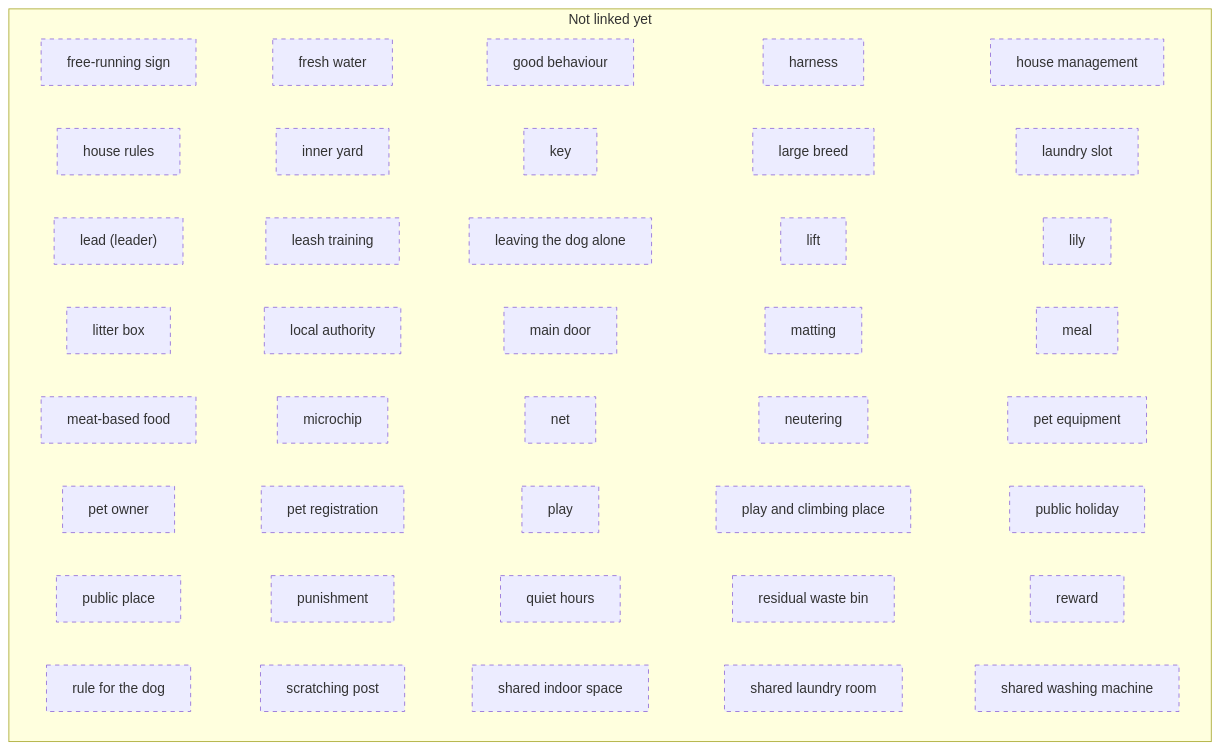
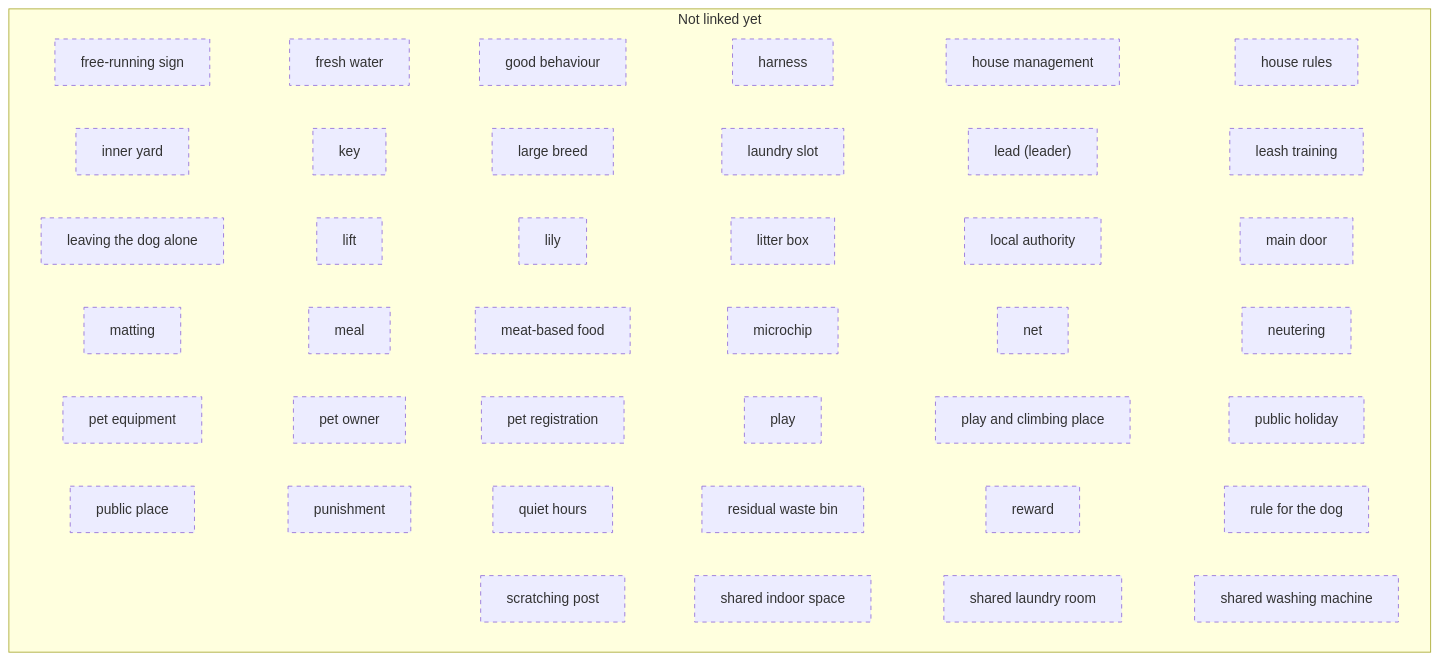
Diagram 14 of 57 in data/ontology-pets-and-house-rules/03_release/00_raw/level-2.md (belaboros/DomainAiAssistant), drawn with Mermaid before and after one commit. The commit also changed other lines of this file and 16 other files, not shown here.

First line of the commit message:
T39 (spec 0002): level diagrams near 16:9, is-a edges in relation diagrams

````diff
--- a/data/ontology-pets-and-house-rules/03_release/00_raw/level-2.md
+++ b/data/ontology-pets-and-house-rules/03_release/00_raw/level-2.md
@@ -263,56 +270,55 @@
 ```mermaid
 flowchart TB
     classDef draft stroke-dasharray: 5 5
     subgraph unlinked["Not linked yet"]
     direction LR
         cn_01M82GV0DCSP2BSTQA19ENCPJ7["free-running sign"]
         cn_01M82GM2G3AM0SX444VHV3202J["fresh water"]
         cn_01M82GR8C6YNAW05QP8GX3MF7V["good behaviour"]
         cn_01M82GPB8ZK0N7S1VR303H5EPE["harness"]
         cn_01M82H7HBZP5REB8E6N9M29JTH["house management"]
         cn_01M82H7HBZP5REB8E6N9M29JTQ["house rules"]
         cn_01M82H7HBZP5REB8E6N9M29JTP["inner yard"]
         cn_01M82HCHQC6AK72JNVEQYR1KXR["key"]
         cn_01M82GQHZCWYDZ4FY134N19HRB["large breed"]
         cn_01M82HDB2F6BK5KDQ92WEFACHV["laundry slot"]
         cn_01M82GR8C6YNAW05QP8GX3MF7Q["lead (leader)"]
         cn_01M82GPTF0J0A1WWEWDR3G29FG["leash training"]
         cn_01M82GSR24145KC6KF8V0HWF9G["leaving the dog alone"]
         cn_01M82HA4JVD4MJZ6M8W4CVWNW0["lift"]
         cn_01M82H0CT7BJSF0Q3S0YPNSAE6["lily"]
         cn_01M82GZMM3VP80T7XD6GS67TSK["litter box"]
         cn_01M82GJP3CRKNX3DNJZDNANDWN["local authority"]
         cn_01M82HCHQC6AK72JNVEQYR1KXN["main door"]
         cn_01M82H394WWKSMY0HG5WFCNGAE["matting"]
         cn_01M82H0CT7BJSF0Q3S0YPNSAE4["meal"]
         cn_01M82H0CT7BJSF0Q3S0YPNSAE5["meat-based food"]
         cn_01M82GJP3CRKNX3DNJZDNANDWP["microchip"]
         cn_01M82GZMM3VP80T7XD6GS67TST["net"]
         cn_01M82H115ABPPRSFHS5N8011PE["neutering"]
         cn_01M82HBZKCWB6HP1MM7REEF3KK["pet equipment"]
         cn_01M82H94Y19DEFXTHPXP970KGF["pet owner"]
         cn_01M82H94Y19DEFXTHPXP970KGH["pet registration"]
         cn_01M82H2KZE881EPDPP32PV6RGF["play"]
         cn_01M82GYVMAZ9K3VZWRC41RP559["play and climbing place"]
         cn_01M82H83Q82K5CKBRM346N833D["public holiday"]
         cn_01M82GV0DCSP2BSTQA19ENCPJ6["public place"]
         cn_01M82H2KZE881EPDPP32PV6RGE["punishment"]
         cn_01M82H83Q82K5CKBRM346N8335["quiet hours"]
         cn_01M82HBAX7NMYFG8GE4P9Y56F8["residual waste bin"]
         cn_01M82GR8C6YNAW05QP8GX3MF7X["reward"]
         cn_01M82GR8C6YNAW05QP8GX3MF7T["rule for the dog"]
         cn_01M82GZMM3VP80T7XD6GS67TSM["scratching post"]
         cn_01M82HBZKCWB6HP1MM7REEF3KE["shared indoor space"]
         cn_01M82HDB2F6BK5KDQ92WEFACHJ["shared laundry room"]
         cn_01M82HDB2F6BK5KDQ92WEFACHQ["shared washing machine"]
-        cn_01M82GV0DCSP2BSTQA19ENCPJ7 ~~~ cn_01M82GM2G3AM0SX444VHV3202J ~~~ cn_01M82GR8C6YNAW05QP8GX3MF7V ~~~ cn_01M82GPB8ZK0N7S1VR303H5EPE ~~~ cn_01M82H7HBZP5REB8E6N9M29JTH
-        cn_01M82H7HBZP5REB8E6N9M29JTQ ~~~ cn_01M82H7HBZP5REB8E6N9M29JTP ~~~ cn_01M82HCHQC6AK72JNVEQYR1KXR ~~~ cn_01M82GQHZCWYDZ4FY134N19HRB ~~~ cn_01M82HDB2F6BK5KDQ92WEFACHV
-        cn_01M82GR8C6YNAW05QP8GX3MF7Q ~~~ cn_01M82GPTF0J0A1WWEWDR3G29FG ~~~ cn_01M82GSR24145KC6KF8V0HWF9G ~~~ cn_01M82HA4JVD4MJZ6M8W4CVWNW0 ~~~ cn_01M82H0CT7BJSF0Q3S0YPNSAE6
-        cn_01M82GZMM3VP80T7XD6GS67TSK ~~~ cn_01M82GJP3CRKNX3DNJZDNANDWN ~~~ cn_01M82HCHQC6AK72JNVEQYR1KXN ~~~ cn_01M82H394WWKSMY0HG5WFCNGAE ~~~ cn_01M82H0CT7BJSF0Q3S0YPNSAE4
-        cn_01M82H0CT7BJSF0Q3S0YPNSAE5 ~~~ cn_01M82GJP3CRKNX3DNJZDNANDWP ~~~ cn_01M82GZMM3VP80T7XD6GS67TST ~~~ cn_01M82H115ABPPRSFHS5N8011PE ~~~ cn_01M82HBZKCWB6HP1MM7REEF3KK
-        cn_01M82H94Y19DEFXTHPXP970KGF ~~~ cn_01M82H94Y19DEFXTHPXP970KGH ~~~ cn_01M82H2KZE881EPDPP32PV6RGF ~~~ cn_01M82GYVMAZ9K3VZWRC41RP559 ~~~ cn_01M82H83Q82K5CKBRM346N833D
-        cn_01M82GV0DCSP2BSTQA19ENCPJ6 ~~~ cn_01M82H2KZE881EPDPP32PV6RGE ~~~ cn_01M82H83Q82K5CKBRM346N8335 ~~~ cn_01M82HBAX7NMYFG8GE4P9Y56F8 ~~~ cn_01M82GR8C6YNAW05QP8GX3MF7X
-        cn_01M82GR8C6YNAW05QP8GX3MF7T ~~~ cn_01M82GZMM3VP80T7XD6GS67TSM ~~~ cn_01M82HBZKCWB6HP1MM7REEF3KE ~~~ cn_01M82HDB2F6BK5KDQ92WEFACHJ ~~~ cn_01M82HDB2F6BK5KDQ92WEFACHQ
+        cn_01M82GV0DCSP2BSTQA19ENCPJ7 ~~~ cn_01M82GM2G3AM0SX444VHV3202J ~~~ cn_01M82GR8C6YNAW05QP8GX3MF7V ~~~ cn_01M82GPB8ZK0N7S1VR303H5EPE ~~~ cn_01M82H7HBZP5REB8E6N9M29JTH ~~~ cn_01M82H7HBZP5REB8E6N9M29JTQ
+        cn_01M82H7HBZP5REB8E6N9M29JTP ~~~ cn_01M82HCHQC6AK72JNVEQYR1KXR ~~~ cn_01M82GQHZCWYDZ4FY134N19HRB ~~~ cn_01M82HDB2F6BK5KDQ92WEFACHV ~~~ cn_01M82GR8C6YNAW05QP8GX3MF7Q ~~~ cn_01M82GPTF0J0A1WWEWDR3G29FG
+        cn_01M82GSR24145KC6KF8V0HWF9G ~~~ cn_01M82HA4JVD4MJZ6M8W4CVWNW0 ~~~ cn_01M82H0CT7BJSF0Q3S0YPNSAE6 ~~~ cn_01M82GZMM3VP80T7XD6GS67TSK ~~~ cn_01M82GJP3CRKNX3DNJZDNANDWN ~~~ cn_01M82HCHQC6AK72JNVEQYR1KXN
+        cn_01M82H394WWKSMY0HG5WFCNGAE ~~~ cn_01M82H0CT7BJSF0Q3S0YPNSAE4 ~~~ cn_01M82H0CT7BJSF0Q3S0YPNSAE5 ~~~ cn_01M82GJP3CRKNX3DNJZDNANDWP ~~~ cn_01M82GZMM3VP80T7XD6GS67TST ~~~ cn_01M82H115ABPPRSFHS5N8011PE
+        cn_01M82HBZKCWB6HP1MM7REEF3KK ~~~ cn_01M82H94Y19DEFXTHPXP970KGF ~~~ cn_01M82H94Y19DEFXTHPXP970KGH ~~~ cn_01M82H2KZE881EPDPP32PV6RGF ~~~ cn_01M82GYVMAZ9K3VZWRC41RP559 ~~~ cn_01M82H83Q82K5CKBRM346N833D
+        cn_01M82GV0DCSP2BSTQA19ENCPJ6 ~~~ cn_01M82H2KZE881EPDPP32PV6RGE ~~~ cn_01M82H83Q82K5CKBRM346N8335 ~~~ cn_01M82HBAX7NMYFG8GE4P9Y56F8 ~~~ cn_01M82GR8C6YNAW05QP8GX3MF7X ~~~ cn_01M82GR8C6YNAW05QP8GX3MF7T
+        cn_01M82GZMM3VP80T7XD6GS67TSM ~~~ cn_01M82HBZKCWB6HP1MM7REEF3KE ~~~ cn_01M82HDB2F6BK5KDQ92WEFACHJ ~~~ cn_01M82HDB2F6BK5KDQ92WEFACHQ
     end
     class cn_01M82GV0DCSP2BSTQA19ENCPJ7,cn_01M82GM2G3AM0SX444VHV3202J,cn_01M82GR8C6YNAW05QP8GX3MF7V,cn_01M82GPB8ZK0N7S1VR303H5EPE,cn_01M82H7HBZP5REB8E6N9M29JTH,cn_01M82H7HBZP5REB8E6N9M29JTQ,cn_01M82H7HBZP5REB8E6N9M29JTP,cn_01M82HCHQC6AK72JNVEQYR1KXR,cn_01M82GQHZCWYDZ4FY134N19HRB,cn_01M82HDB2F6BK5KDQ92WEFACHV,cn_01M82GR8C6YNAW05QP8GX3MF7Q,cn_01M82GPTF0J0A1WWEWDR3G29FG,cn_01M82GSR24145KC6KF8V0HWF9G,cn_01M82HA4JVD4MJZ6M8W4CVWNW0,cn_01M82H0CT7BJSF0Q3S0YPNSAE6,cn_01M82GZMM3VP80T7XD6GS67TSK,cn_01M82GJP3CRKNX3DNJZDNANDWN,cn_01M82HCHQC6AK72JNVEQYR1KXN,cn_01M82H394WWKSMY0HG5WFCNGAE,cn_01M82H0CT7BJSF0Q3S0YPNSAE4,cn_01M82H0CT7BJSF0Q3S0YPNSAE5,cn_01M82GJP3CRKNX3DNJZDNANDWP,cn_01M82GZMM3VP80T7XD6GS67TST,cn_01M82H115ABPPRSFHS5N8011PE,cn_01M82HBZKCWB6HP1MM7REEF3KK,cn_01M82H94Y19DEFXTHPXP970KGF,cn_01M82H94Y19DEFXTHPXP970KGH,cn_01M82H2KZE881EPDPP32PV6RGF,cn_01M82GYVMAZ9K3VZWRC41RP559,cn_01M82H83Q82K5CKBRM346N833D,cn_01M82GV0DCSP2BSTQA19ENCPJ6,cn_01M82H2KZE881EPDPP32PV6RGE,cn_01M82H83Q82K5CKBRM346N8335,cn_01M82HBAX7NMYFG8GE4P9Y56F8,cn_01M82GR8C6YNAW05QP8GX3MF7X,cn_01M82GR8C6YNAW05QP8GX3MF7T,cn_01M82GZMM3VP80T7XD6GS67TSM,cn_01M82HBZKCWB6HP1MM7REEF3KE,cn_01M82HDB2F6BK5KDQ92WEFACHJ,cn_01M82HDB2F6BK5KDQ92WEFACHQ draft
 ```
````
